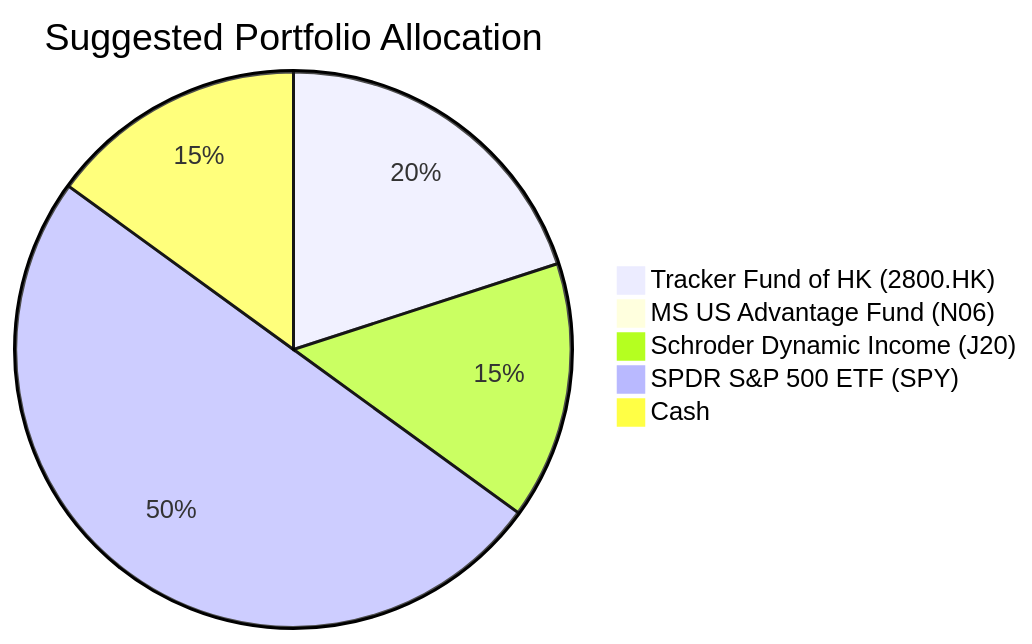
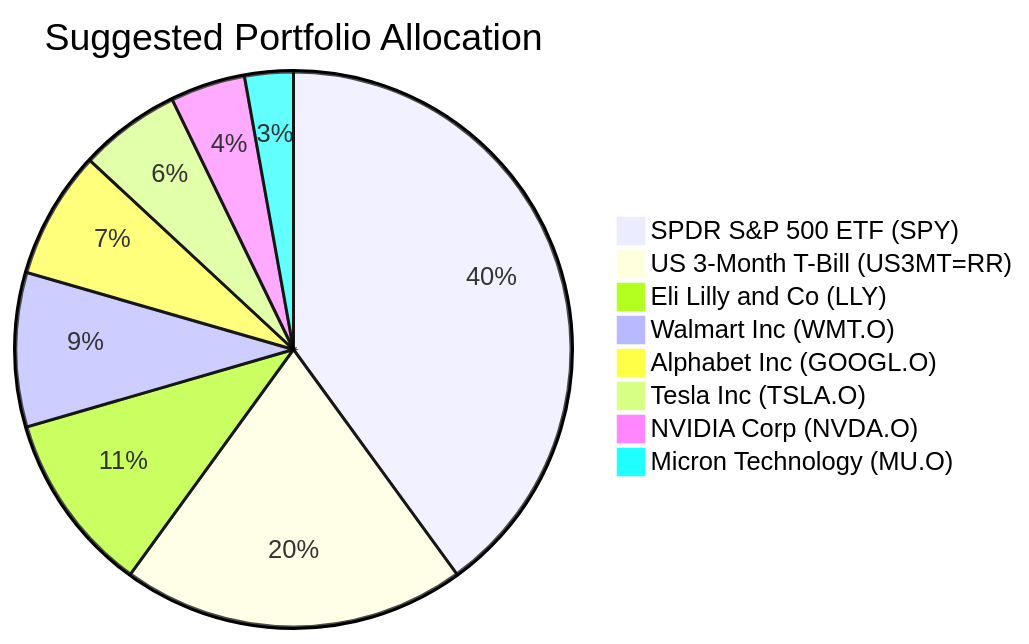
One commit to roger249/Bot-collaboration changed the second of 2 diagrams in docs/sample outputs/portfolio_review-deepseek-v3.2-fw.md. Above: the diagram before and after it, drawn with Mermaid. The commit also changed other lines of this file and 3 other files, not shown here.

````diff
--- a/docs/sample outputs/portfolio_review-deepseek-v3.2-fw.md
+++ b/docs/sample outputs/portfolio_review-deepseek-v3.2-fw.md
@@ -26,8 +33,11 @@
 ```mermaid
 pie title Suggested Portfolio Allocation
-    "Tracker Fund of HK (2800.HK)" : 20
-    "MS US Advantage Fund (N06)" : 0
-    "Schroder Dynamic Income (J20)" : 15
-    "SPDR S&P 500 ETF (SPY)" : 50
-    "Cash" : 15
+    "SPDR S&P 500 ETF (SPY)" : 40
+    "US 3-Month T-Bill (US3MT=RR)" : 20
+    "Eli Lilly and Co (LLY)" : 10.51
+    "Walmart Inc (WMT.O)" : 8.97
+    "Alphabet Inc (GOOGL.O)" : 7.44
+    "Tesla Inc (TSLA.O)" : 5.90
+    "NVIDIA Corp (NVDA.O)" : 4.36
+    "Micron Technology (MU.O)" : 2.83
 ```
````
